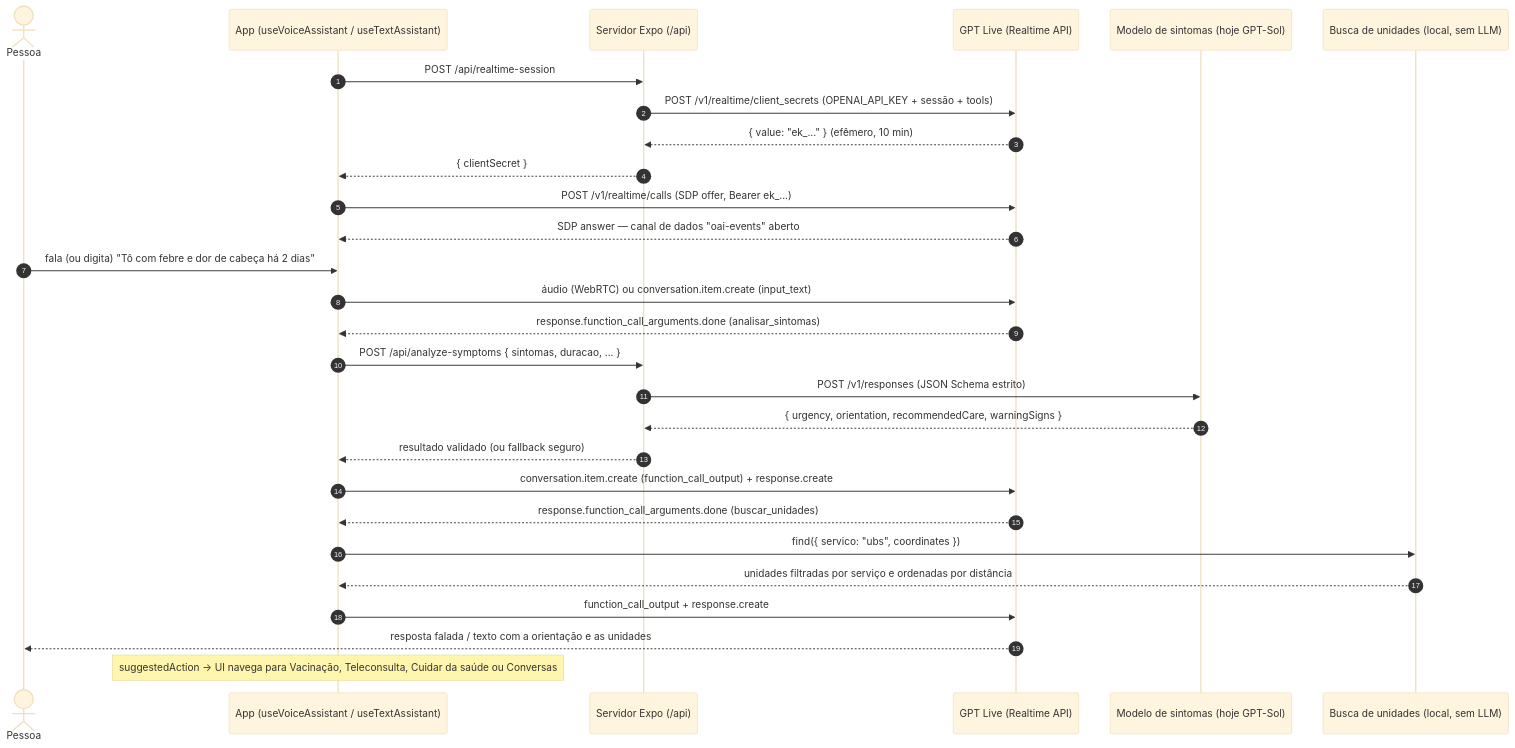
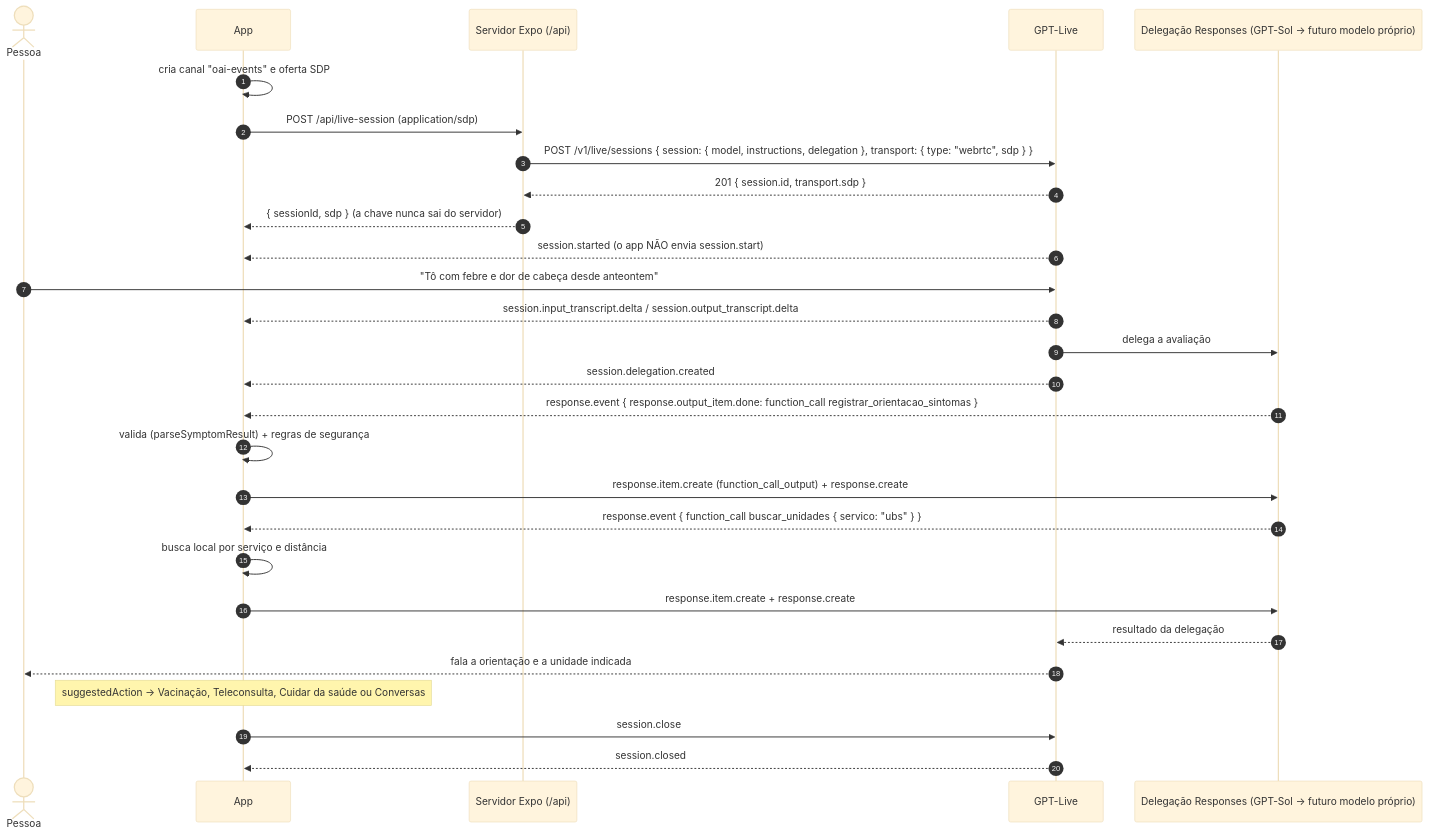
The second of 2 diagrams in docs/arquitetura-voz.md (pedroVelosoFernandes/Campus2026), drawn with Mermaid (base theme) before and after one commit. The commit also changed other lines of this file and 82 other files, not shown here.

Commit message:
Telas Assistente, Cuidar da saúde, Orientação, Vacinação e Teleconsulta; voz via GPT-Live com delegação ao GPT-Sol

````diff
--- a/docs/arquitetura-voz.md
+++ b/docs/arquitetura-voz.md
@@ -26,31 +45,31 @@
 ```mermaid
 sequenceDiagram
     autonumber
     actor U as Pessoa
-    participant App as App (useVoiceAssistant / useTextAssistant)
+    participant App as App
     participant API as Servidor Expo (/api)
-    participant RT as GPT Live (Realtime API)
-    participant SM as Modelo de sintomas (hoje GPT-Sol)
-    participant UF as Busca de unidades (local, sem LLM)
+    participant Live as GPT-Live
+    participant D as Delegação Responses (GPT-Sol → futuro modelo próprio)
 
-    App->>API: POST /api/realtime-session
-    API->>RT: POST /v1/realtime/client_secrets (OPENAI_API_KEY + sessão + tools)
-    RT-->>API: { value: "ek_..." } (efêmero, 10 min)
-    API-->>App: { clientSecret }
-    App->>RT: POST /v1/realtime/calls (SDP offer, Bearer ek_...)
-    RT-->>App: SDP answer — canal de dados "oai-events" aberto
-    U->>App: fala (ou digita) "Tô com febre e dor de cabeça há 2 dias"
-    App->>RT: áudio (WebRTC) ou conversation.item.create (input_text)
-    RT-->>App: response.function_call_arguments.done (analisar_sintomas)
-    App->>API: POST /api/analyze-symptoms { sintomas, duracao, ... }
-    API->>SM: POST /v1/responses (JSON Schema estrito)
-    SM-->>API: { urgency, orientation, recommendedCare, warningSigns }
-    API-->>App: resultado validado (ou fallback seguro)
-    App->>RT: conversation.item.create (function_call_output) + response.create
-    RT-->>App: response.function_call_arguments.done (buscar_unidades)
-    App->>UF: find({ servico: "ubs", coordinates })
-    UF-->>App: unidades filtradas por serviço e ordenadas por distância
-    App->>RT: function_call_output + response.create
-    RT-->>U: resposta falada / texto com a orientação e as unidades
-    Note over App: suggestedAction → UI navega para Vacinação, Teleconsulta, Cuidar da saúde ou Conversas
+    App->>App: cria canal "oai-events" e oferta SDP
+    App->>API: POST /api/live-session (application/sdp)
+    API->>Live: POST /v1/live/sessions { session: { model, instructions, delegation }, transport: { type: "webrtc", sdp } }
+    Live-->>API: 201 { session.id, transport.sdp }
+    API-->>App: { sessionId, sdp } (a chave nunca sai do servidor)
+    Live-->>App: session.started (o app NÃO envia session.start)
+    U->>Live: "Tô com febre e dor de cabeça desde anteontem"
+    Live-->>App: session.input_transcript.delta / session.output_transcript.delta
+    Live->>D: delega a avaliação
+    Live-->>App: session.delegation.created
+    D-->>App: response.event { response.output_item.done: function_call registrar_orientacao_sintomas }
+    App->>App: valida (parseSymptomResult) + regras de segurança
+    App->>D: response.item.create (function_call_output) + response.create
+    D-->>App: response.event { function_call buscar_unidades { servico: "ubs" } }
+    App->>App: busca local por serviço e distância
+    App->>D: response.item.create + response.create
+    D-->>Live: resultado da delegação
+    Live-->>U: fala a orientação e a unidade indicada
+    Note over App: suggestedAction → Vacinação, Teleconsulta, Cuidar da saúde ou Conversas
+    App->>Live: session.close
+    Live-->>App: session.closed
 ```
````
